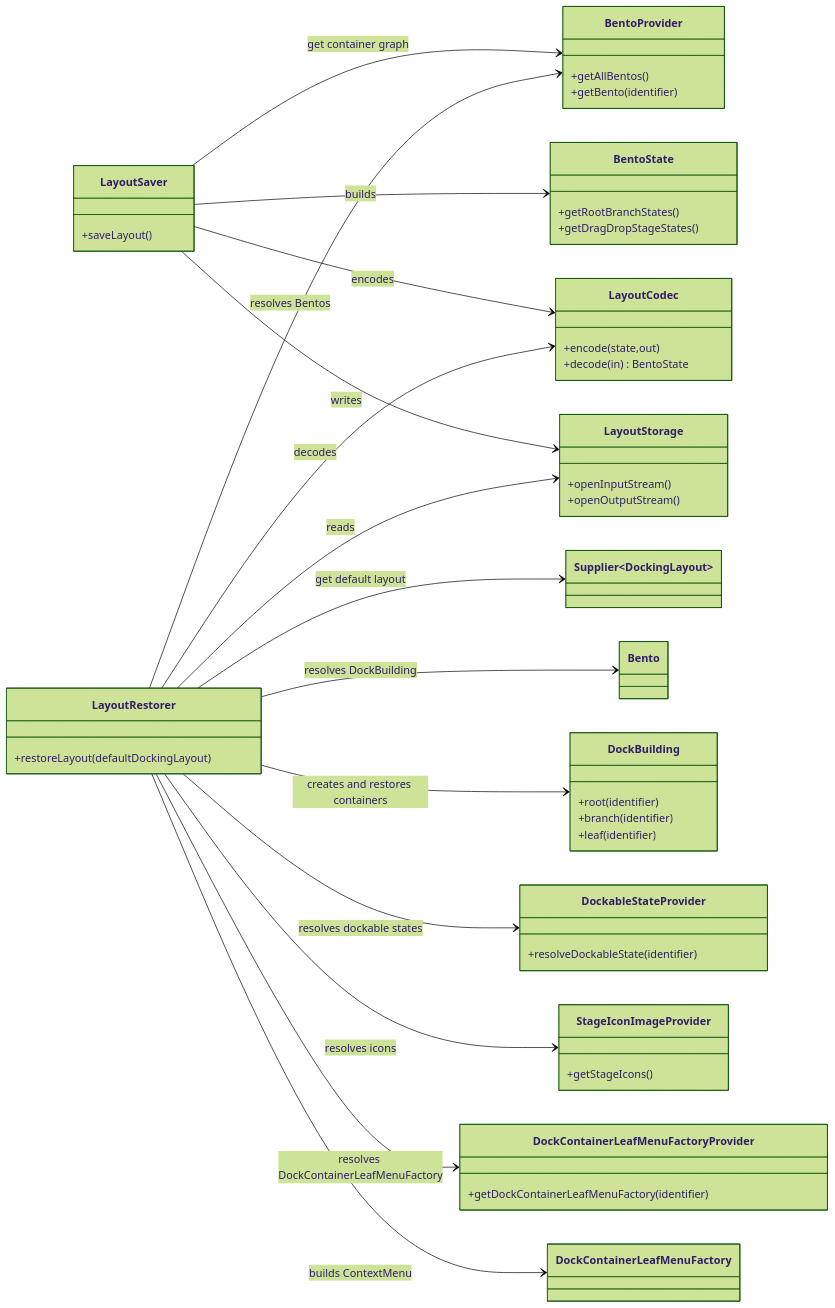
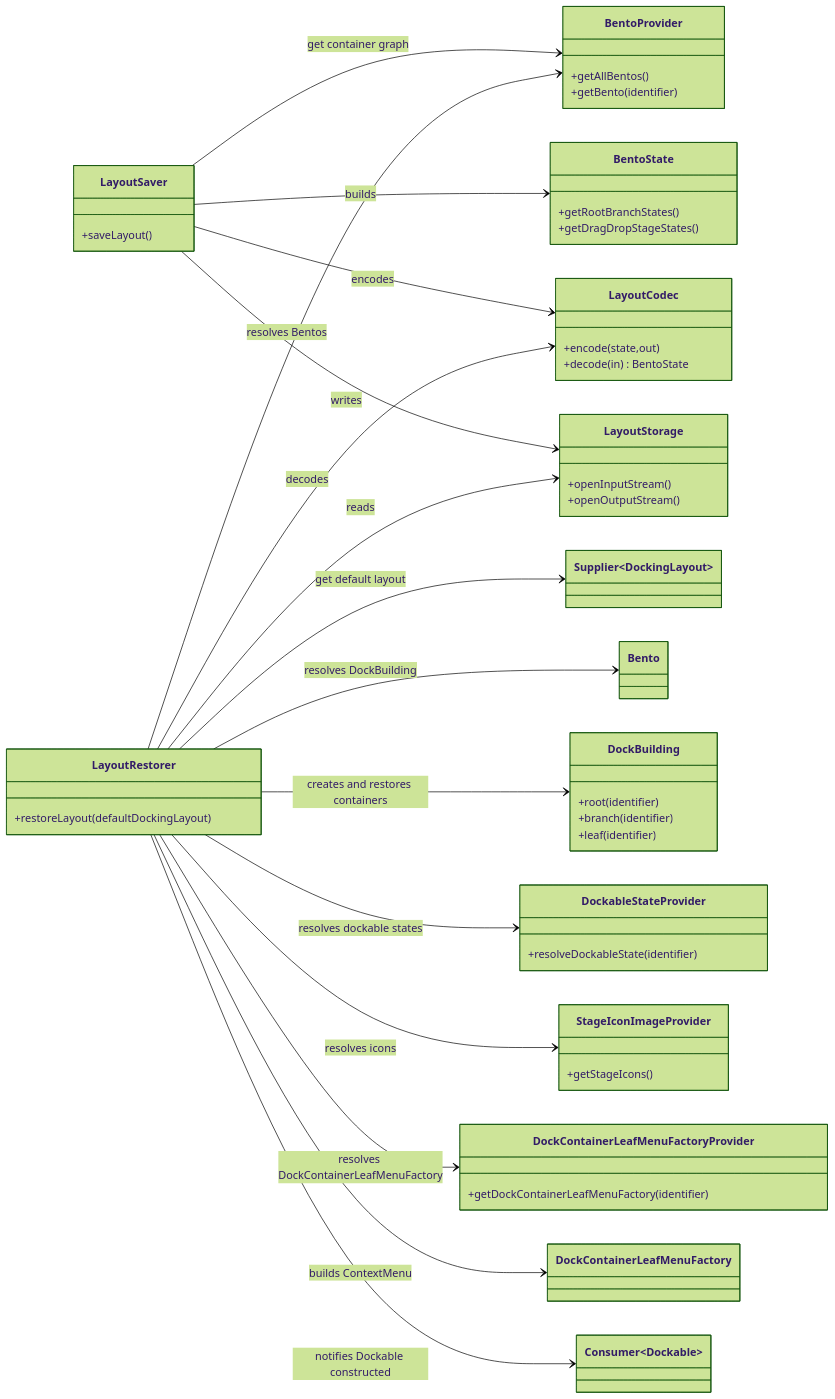
The first of 3 diagrams in assets/docking-layout-persistence-diagrams.md (philliplbryant/BentoFX), drawn with Mermaid (forest theme) before and after one commit. The commit also changed other lines of this file and 32 other files, not shown here.

````diff
--- a/assets/docking-layout-persistence-diagrams.md
+++ b/assets/docking-layout-persistence-diagrams.md
@@ -58,66 +5,67 @@
 ```mermaid
 classDiagram
   direction LR
 
   class LayoutSaver {
     +saveLayout()
   }
 
   class LayoutRestorer {
     +restoreLayout(defaultDockingLayout)
   }
   
   class BentoProvider {
       +getAllBentos()
       +getBento(identifier)
   }
 
   class LayoutStorage {
     +openInputStream()
     +openOutputStream()
   }
 
   class LayoutCodec {
     +encode(state,out)
     +decode(in) BentoState
   }
 
   class BentoState {
     +getRootBranchStates()
     +getDragDropStageStates()
   }
 
   class DockBuilding {
     +root(identifier)
     +branch(identifier)
     +leaf(identifier)
   }
 
   class DockableStateProvider {
     +resolveDockableState(identifier)
   }
   
   class StageIconImageProvider {
       +getStageIcons()
   }
   
   class DockContainerLeafMenuFactoryProvider {
       +getDockContainerLeafMenuFactory(identifier)
   }
-
+  
   LayoutSaver --> BentoProvider : get container graph
   LayoutSaver --> BentoState : builds
   LayoutSaver --> LayoutCodec : encodes
   LayoutSaver --> LayoutStorage : writes
 
   LayoutRestorer --> Supplier~DockingLayout~ : get default layout
   LayoutRestorer --> LayoutStorage : reads
   LayoutRestorer --> LayoutCodec : decodes
   LayoutRestorer --> BentoProvider : resolves Bentos
   LayoutRestorer --> Bento : resolves DockBuilding
   LayoutRestorer --> DockBuilding : creates and restores containers
   LayoutRestorer --> DockableStateProvider : resolves dockable states
   LayoutRestorer --> StageIconImageProvider: resolves icons
   LayoutRestorer --> DockContainerLeafMenuFactoryProvider: resolves DockContainerLeafMenuFactory
   LayoutRestorer --> DockContainerLeafMenuFactory: builds ContextMenu
+  LayoutRestorer --> Consumer~Dockable~ : notifies Dockable constructed
 ```
````
